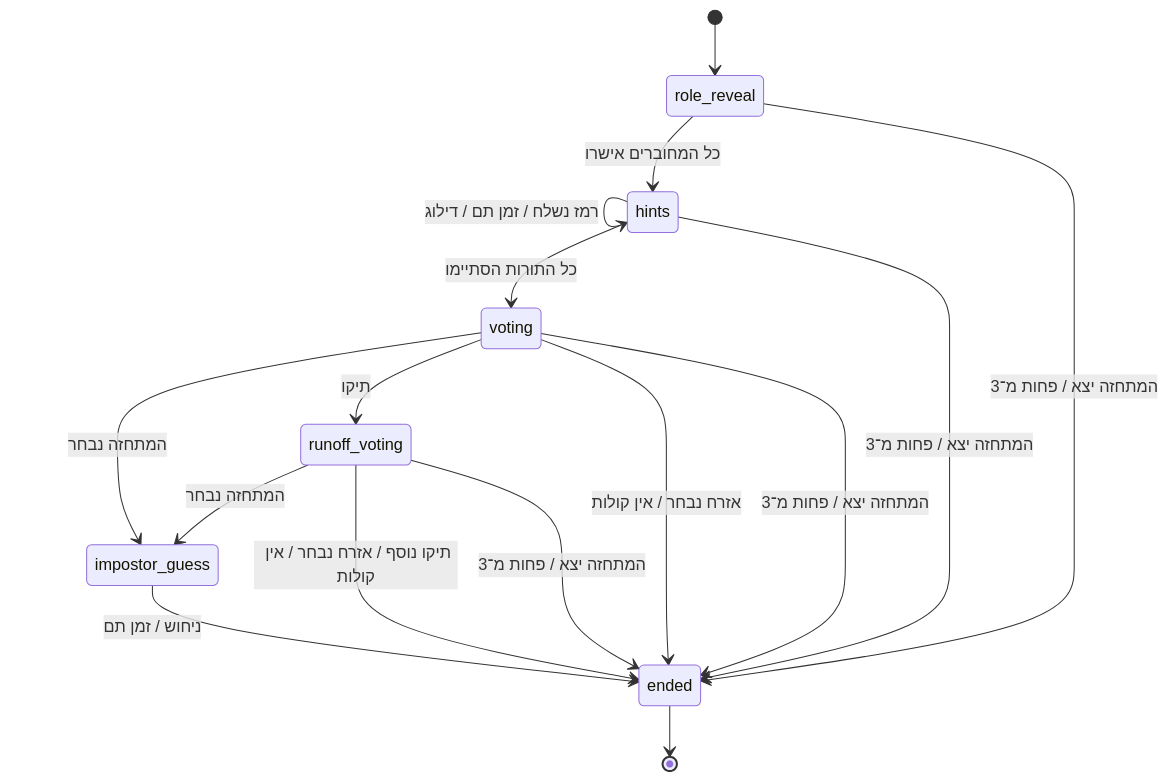
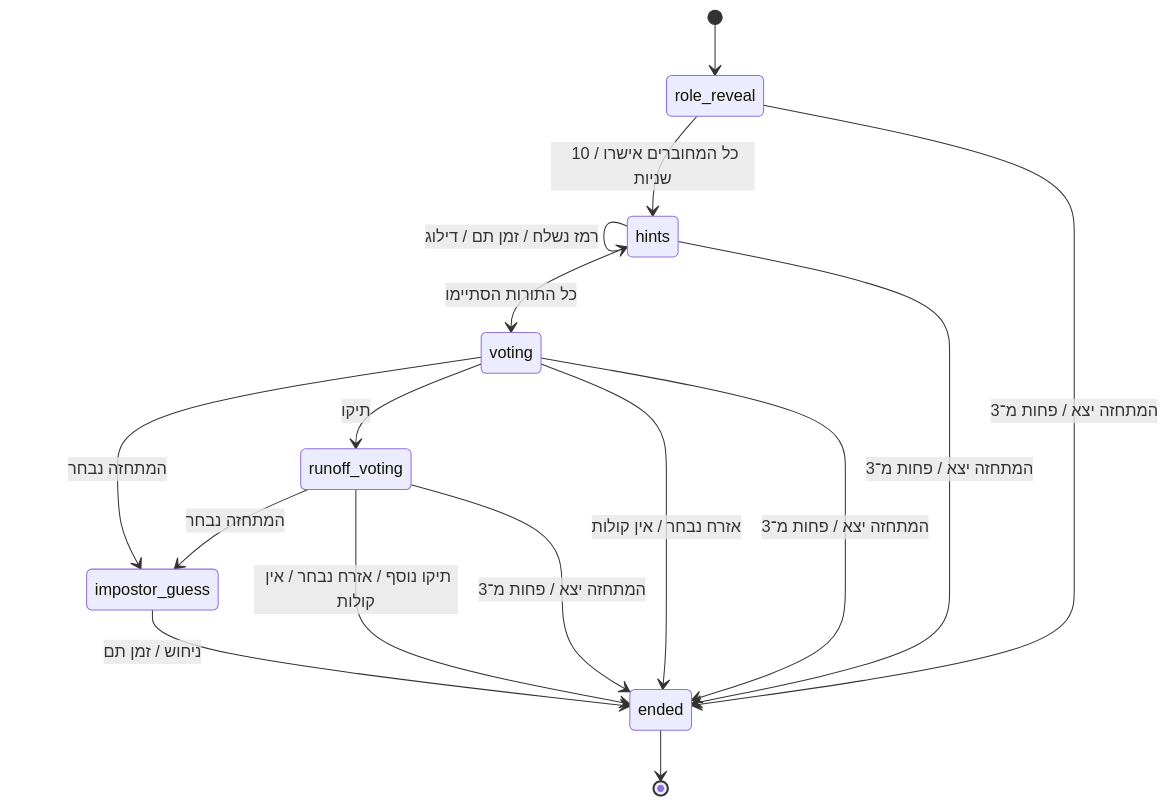
One commit to dorohayon/Imposter-IL changed the first of 4 diagrams in docs/architecture.md. Above: the diagram before and after it, drawn with Mermaid. The commit also changed other lines of this file and 8 other files, not shown here.

First line of the commit message:
feat(game): add 10 second role reveal timeout

````diff
--- a/docs/architecture.md
+++ b/docs/architecture.md
@@ -57,18 +57,18 @@
 ```mermaid
 stateDiagram-v2
     [*] --> role_reveal
-    role_reveal --> hints: כל המחוברים אישרו
+    role_reveal --> hints: כל המחוברים אישרו / 10 שניות
     hints --> hints: רמז נשלח / זמן תם / דילוג
     hints --> voting: כל התורות הסתיימו
     voting --> impostor_guess: המתחזה נבחר
     voting --> runoff_voting: תיקו
     voting --> ended: אזרח נבחר / אין קולות
     runoff_voting --> impostor_guess: המתחזה נבחר
     runoff_voting --> ended: תיקו נוסף / אזרח נבחר / אין קולות
     impostor_guess --> ended: ניחוש / זמן תם
     role_reveal --> ended: המתחזה יצא / פחות מ־3
     hints --> ended: המתחזה יצא / פחות מ־3
     voting --> ended: המתחזה יצא / פחות מ־3
     runoff_voting --> ended: המתחזה יצא / פחות מ־3
     ended --> [*]
 ```
````
